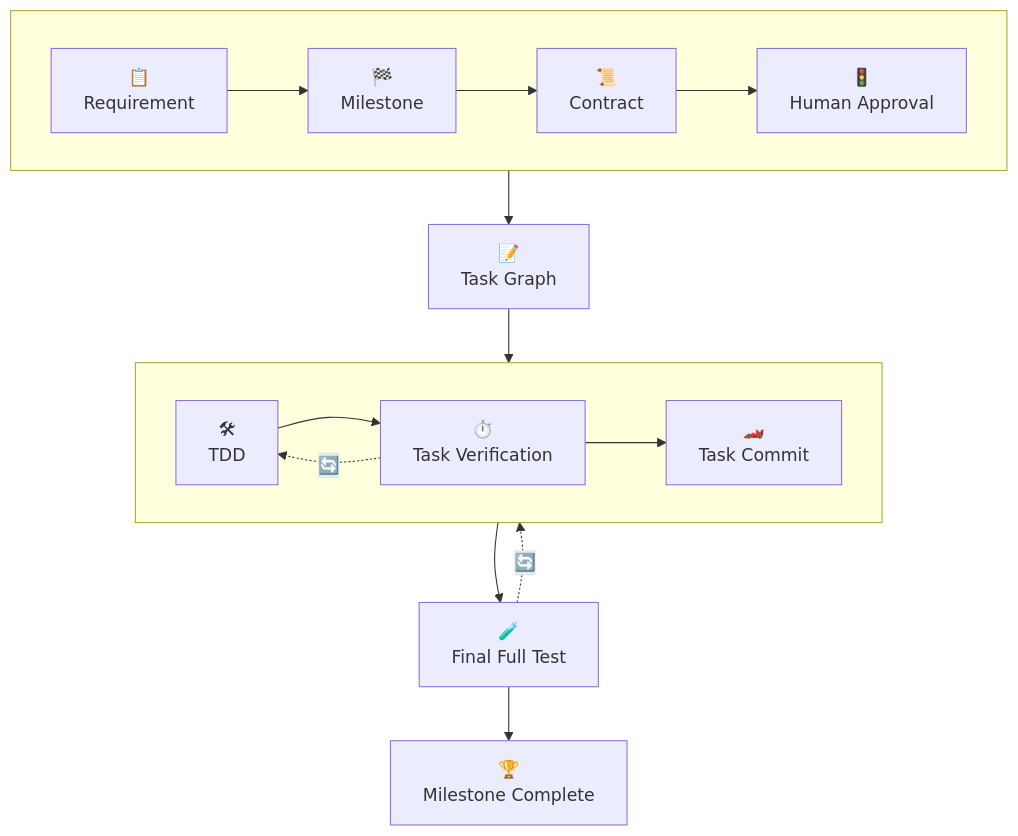
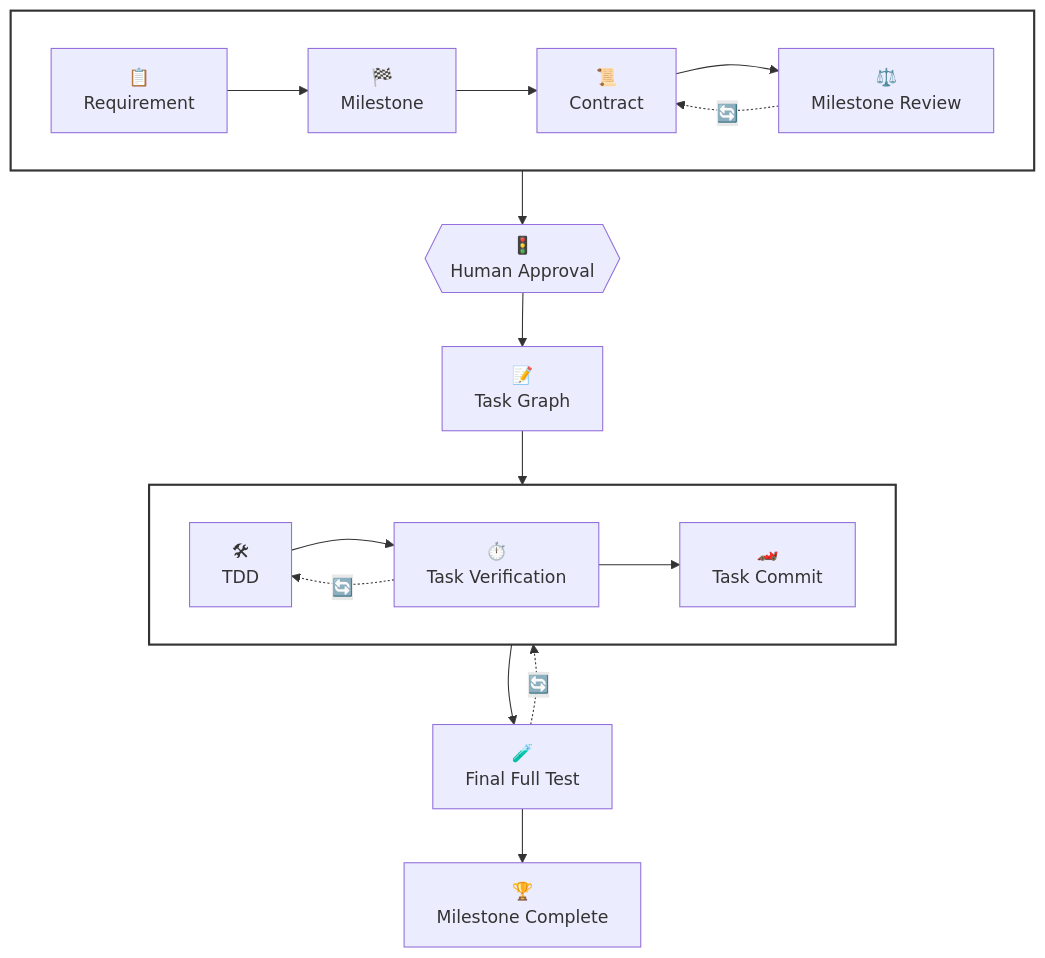
Before and after one commit to thixpin/pitway: the diagram in README.md, drawn with Mermaid. The commit also changed other lines of this file and 2 other files, not shown here.

First line of the commit message:
docs(readme): milestone-review stage, opt-in policies, review boundary

````diff
--- a/README.md
+++ b/README.md
@@ -20,27 +20,32 @@
 ```mermaid
 flowchart TD
 
     subgraph PLAN[" "]
         direction LR
         A["📋<br/>Requirement"] --> B["🏁<br/>Milestone"]
         B --> C["📜<br/>Contract"]
-        C --> D["🚦<br/>Human Approval"]
+        C --> R["⚖️<br/>Milestone Review"]
+        R -. 🔄 .-> C
     end
 
-    PLAN --> E["📝<br/>Task Graph"]
+    PLAN --> D{{"🚦<br/>Human Approval"}}
+    D --> E["📝<br/>Task Graph"]
 
     subgraph EXECUTE[" "]
         direction LR
         F["🛠<br/>TDD"]
         F --> G["⏱️<br/>Task Verification"]
         G --> H["🏎️<br/>Task Commit"]
     end
 
     EXECUTE --> I["🧪<br/>Final Full Test"] 
     I --> J["🏆<br/>Milestone Complete"]
 
 
     G -. 🔄 .-> F
     E --> EXECUTE
     I -. 🔄 .-> EXECUTE
+
+    style PLAN fill:none,stroke:#333,stroke-width:2px
+    style EXECUTE fill:none,stroke:#333,stroke-width:2px
 ```
````
